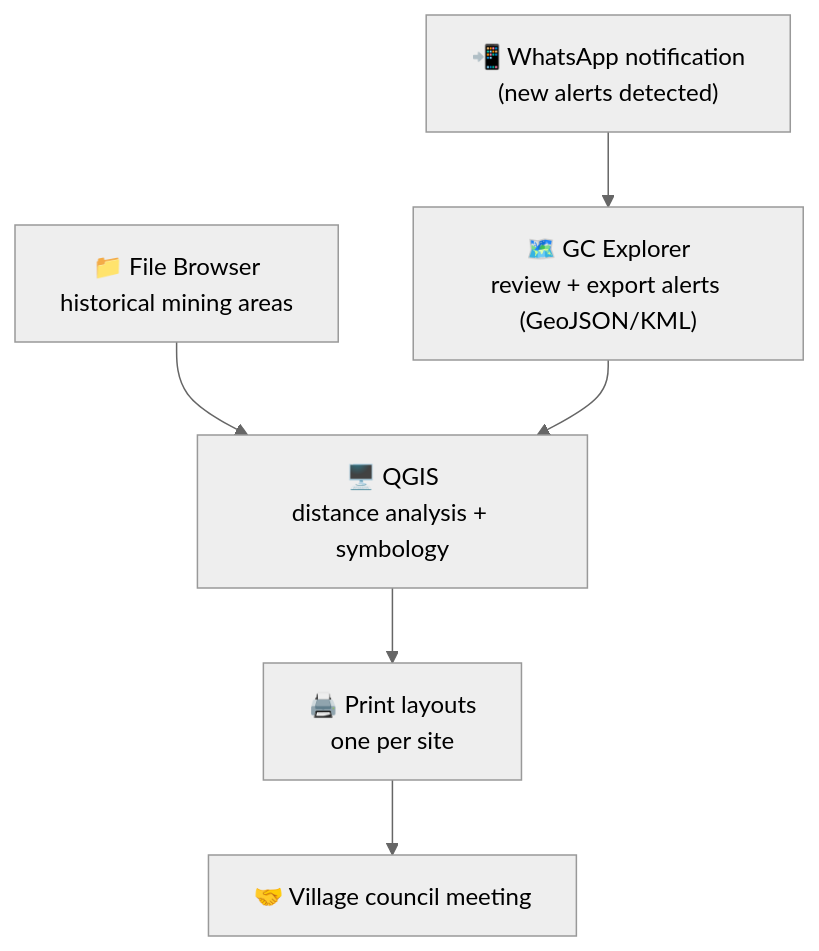
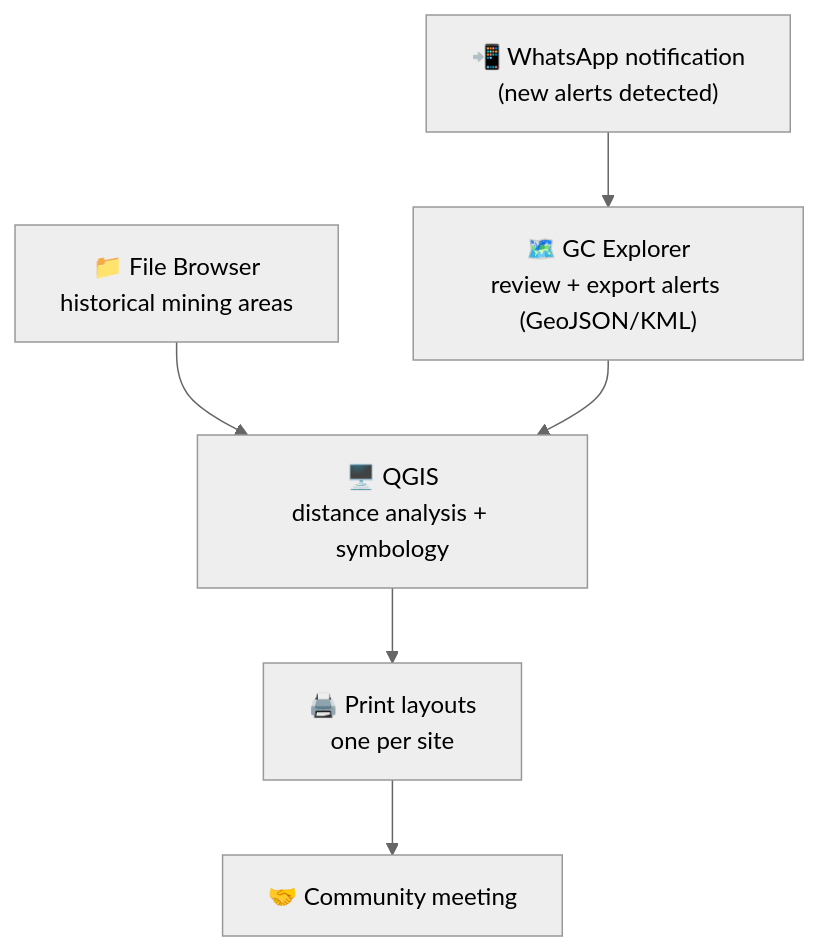
The diagram in docs/guides/land-monitoring/guide-mining-alert-field-briefings/index.md (ConservationMetrics/gc-docs), drawn with Mermaid (neutral theme) before and after one commit. The commit also changed other lines of this file, not shown here.

````diff
--- a/docs/guides/land-monitoring/guide-mining-alert-field-briefings/index.md
+++ b/docs/guides/land-monitoring/guide-mining-alert-field-briefings/index.md
@@ -18,8 +18,8 @@
 ```mermaid
 flowchart TD
     A["📲 WhatsApp notification<br/>(new alerts detected)"] --> B["🗺️ GC Explorer<br/>review + export alerts (GeoJSON/KML)"]
     C["📁 File Browser<br/>historical mining areas"] --> D
     B --> D["🖥️ QGIS<br/>distance analysis + symbology"]
     D --> E["🖨️ Print layouts<br/>one per site"]
-    E --> F["🤝 Village council meeting"]
+    E --> F["🤝 Community meeting"]
 ```
````
